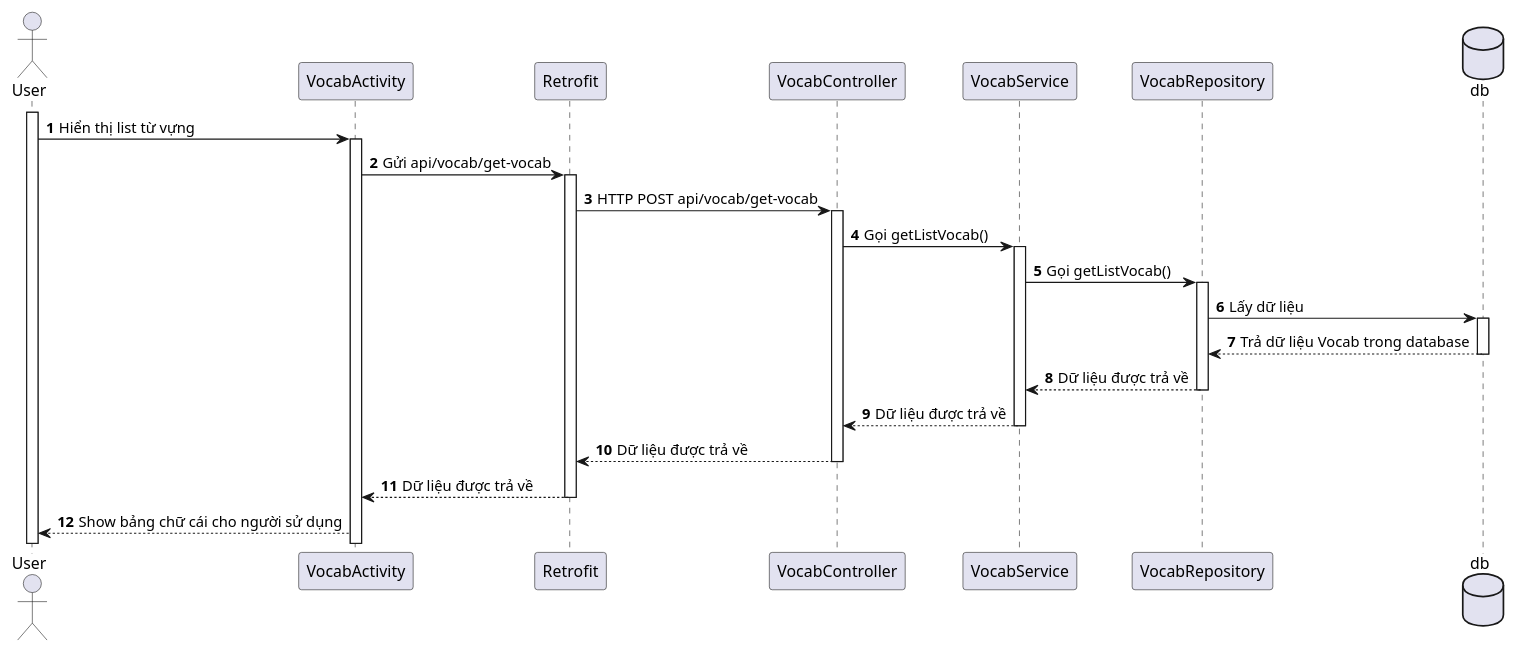
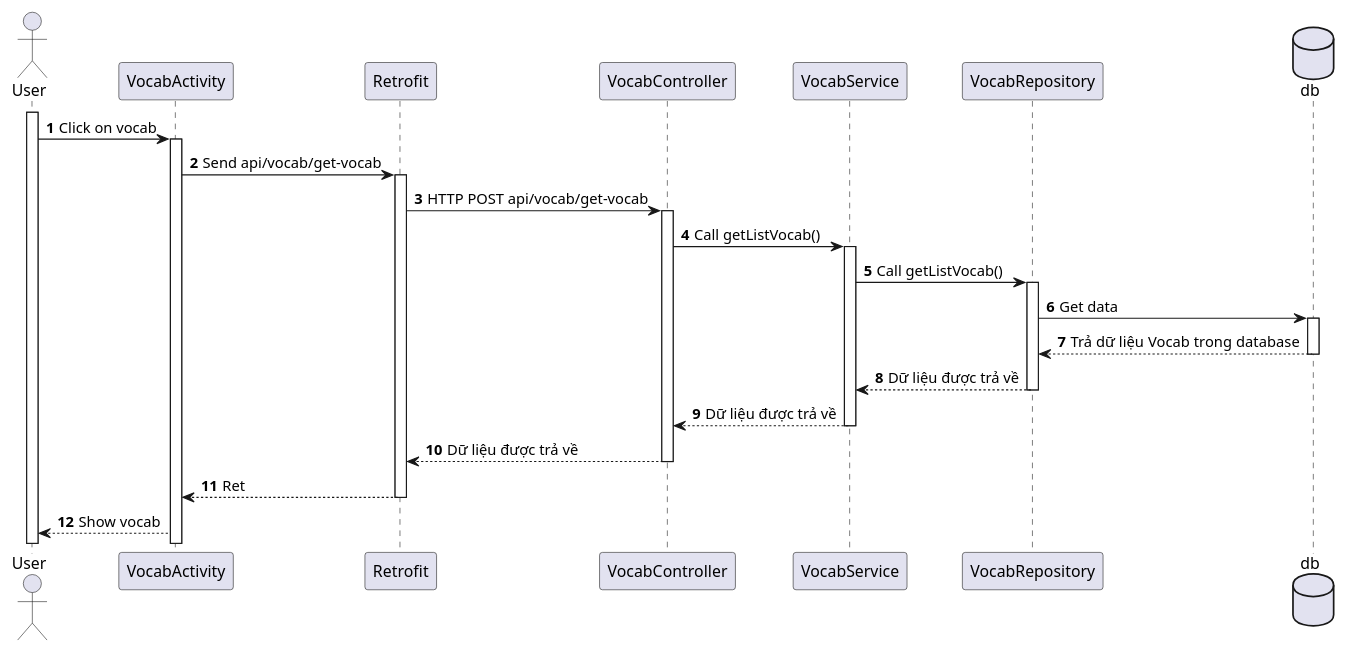
The diagram in japanese-app/plant_uml/vocab/Vocab_List.puml (Annthe160639/japanese-app), drawn with PlantUML before and after one commit. The commit also changed 6 other files, not shown here.

Commit message:
update sequence

```diff
--- a/japanese-app/plant_uml/vocab/Vocab_List.puml
+++ b/japanese-app/plant_uml/vocab/Vocab_List.puml
@@ -1,34 +1,34 @@
 @startuml
 'https://plantuml.com/sequence-diagram
 
 actor User
 
 participant VocabActivity as Activity
 participant Retrofit
 participant VocabController as Controller
 participant VocabService as Service
 participant VocabRepository as Repository
 
 database db
 
 activate User
 
 autonumber
 
-User -> Activity++: Hiển thị list từ vựng
-Activity -> Retrofit++: Gửi api/vocab/get-vocab
+User -> Activity++: Click on vocab
+Activity -> Retrofit++: Send api/vocab/get-vocab
 Retrofit -> Controller++: HTTP POST api/vocab/get-vocab
-Controller -> Service++: Gọi getListVocab()
-Service -> Repository++: Gọi getListVocab()
-Repository -> db++: Lấy dữ liệu
+Controller -> Service++: Call getListVocab()
+Service -> Repository++: Call getListVocab()
+Repository -> db++: Get data
 
 db-->Repository--: Trả dữ liệu Vocab trong database
 Repository-->Service--: Dữ liệu được trả về
 Service-->Controller--: Dữ liệu được trả về
 Controller-->Retrofit--: Dữ liệu được trả về
-Retrofit-->Activity--: Dữ liệu được trả về
-Activity-->User: Show bảng chữ cái cho người sử dụng
+Retrofit-->Activity--: Ret
+Activity-->User: Show vocab
 
 
 
 @enduml
```
